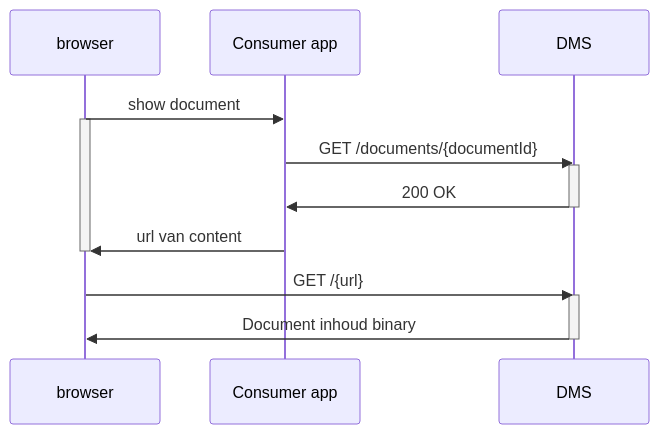
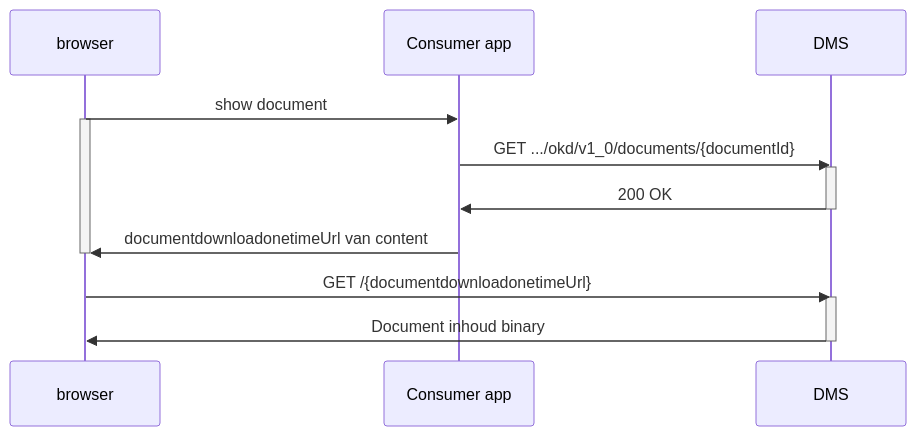
One commit to Onderwijs-Koppelingen-OKx/OKD-Document-Management changed the second of 2 diagrams in doc/flow-x.md. Above: the diagram before and after it, drawn with Mermaid. The commit also changed other lines of this file and 4 other files, not shown here.

````diff
--- a/doc/flow-x.md
+++ b/doc/flow-x.md
@@ -42,18 +42,18 @@
 ```mermaid
 sequenceDiagram
     participant browser
     participant Consumer app
     participant DMS
     browser ->> Consumer app: show document
     activate browser
-    Consumer app->>DMS: GET /documents/{documentId}
+    Consumer app->>DMS: GET .../okd/v1_0/documents/{documentId}
     activate DMS
     DMS->>Consumer app: 200 OK
     deactivate DMS
-    Consumer app ->> browser: url van content
+    Consumer app ->> browser: documentdownloadonetimeUrl van content
     deactivate browser
-    browser->>DMS: GET /{url}
+    browser->>DMS: GET /{documentdownloadonetimeUrl}
     activate DMS
     DMS->>browser: Document inhoud binary
     deactivate DMS
 ```
````
